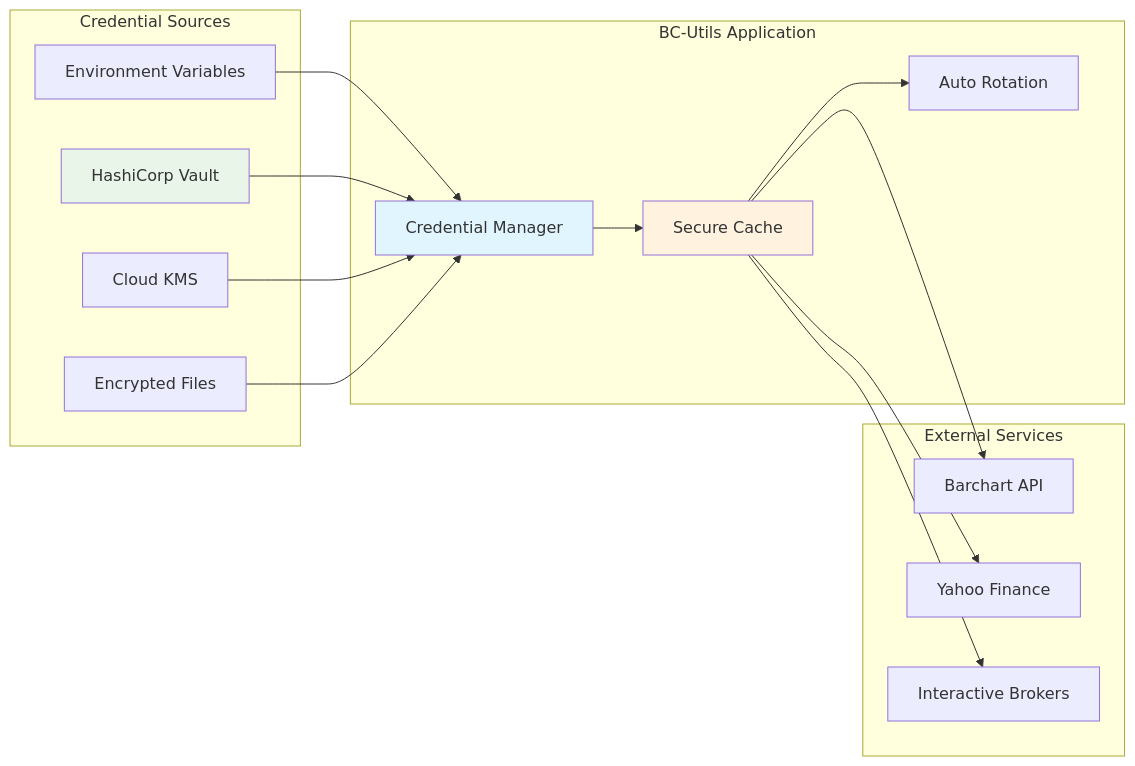
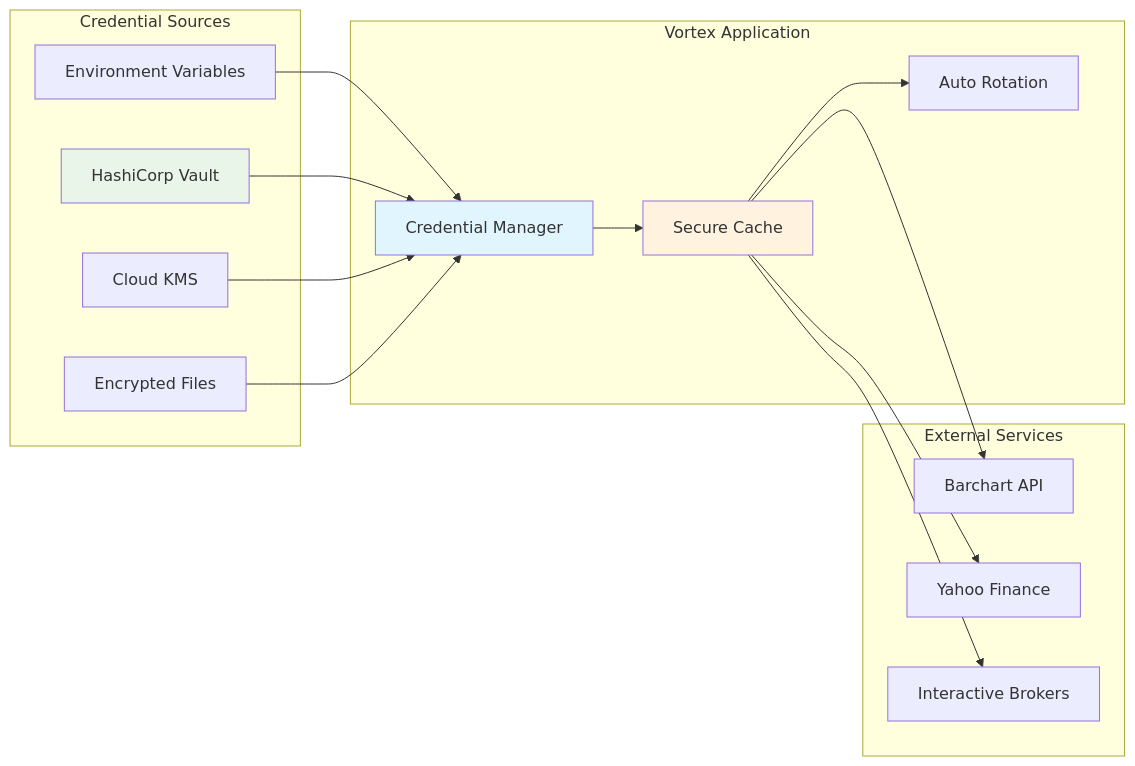
One commit to makutaku/vortex changed the second of 3 diagrams in docs/design/hld/06-security-design.md. Above: the diagram before and after it, drawn with Mermaid. The commit also changed other lines of this file and 15 other files, not shown here.

First line of the commit message:
Complete documentation rebrand from BC-Utils to Vortex

````diff
--- a/docs/design/hld/06-security-design.md
+++ b/docs/design/hld/06-security-design.md
@@ -60,37 +60,37 @@
 ```mermaid
 graph LR
     subgraph "Credential Sources"
         Env[Environment Variables]
         Vault[HashiCorp Vault]
         KMS[Cloud KMS]
         Files[Encrypted Files]
     end
     
-    subgraph "BC-Utils Application"
+    subgraph "Vortex Application"
         CredMgr[Credential Manager]
         Cache[Secure Cache]
         Rotation[Auto Rotation]
     end
     
     subgraph "External Services"
         Barchart[Barchart API]
         Yahoo[Yahoo Finance]
         IBKR[Interactive Brokers]
     end
     
     Env --> CredMgr
     Vault --> CredMgr
     KMS --> CredMgr
     Files --> CredMgr
     
     CredMgr --> Cache
     Cache --> Rotation
     
     Cache --> Barchart
     Cache --> Yahoo
     Cache --> IBKR
     
     style CredMgr fill:#e1f5fe
     style Cache fill:#fff3e0
     style Vault fill:#e8f5e8
 ```
````
